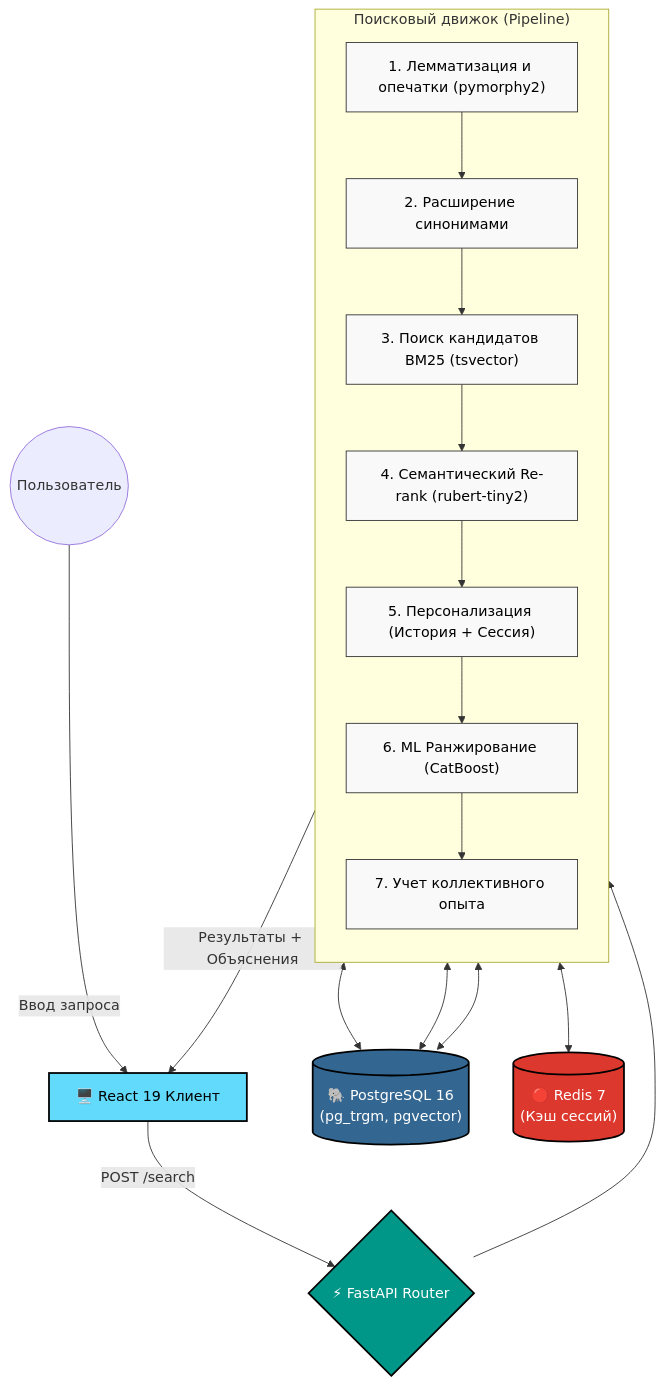
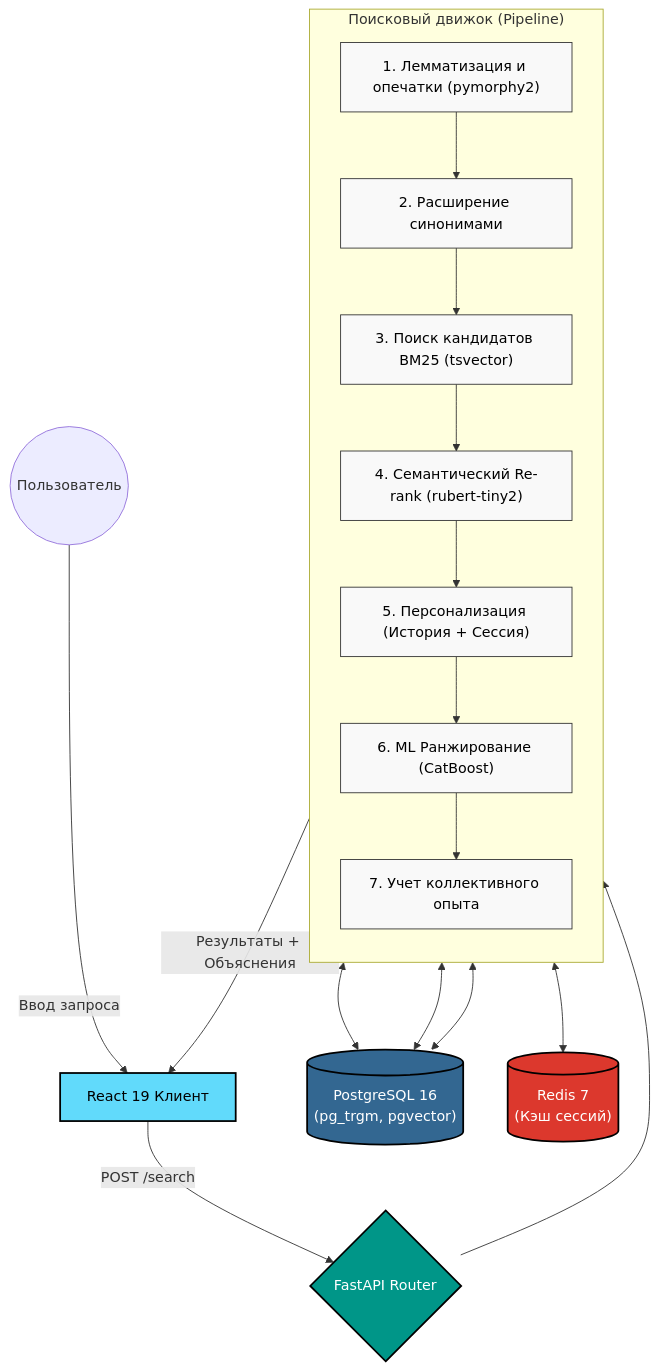
One commit to Deci1337/TenderHackMoscow changed the diagram in README.md. Above: the diagram before and after it, drawn with Mermaid.

Commit message:
Final README

````diff
--- a/README.md
+++ b/README.md
@@ -25,33 +25,33 @@
 ```mermaid
 flowchart TD
     %% Define styles
     classDef client fill:#61dafb,stroke:#000,stroke-width:2px,color:#000
     classDef backend fill:#009688,stroke:#000,stroke-width:2px,color:#fff
     classDef db fill:#336791,stroke:#000,stroke-width:2px,color:#fff
     classDef redis fill:#dc382d,stroke:#000,stroke-width:2px,color:#fff
     classDef process fill:#f9f9f9,stroke:#333,stroke-width:1px,color:#000
 
     User((Пользователь)) --> |Ввод запроса| Client
-    Client["🖥️ React 19 Клиент"]:::client -- "POST /search" --> API{"⚡ FastAPI Router"}:::backend
+    Client["React 19 Клиент"]:::client -- "POST /search" --> API{"FastAPI Router"}:::backend
 
     subgraph SearchEngine ["Поисковый движок (Pipeline)"]
         direction TB
         S1["1. Лемматизация и опечатки (pymorphy2)"]:::process
         S2["2. Расширение синонимами"]:::process
         S3["3. Поиск кандидатов BM25 (tsvector)"]:::process
         S4["4. Семантический Re-rank (rubert-tiny2)"]:::process
         S5["5. Персонализация (История + Сессия)"]:::process
         S6["6. ML Ранжирование (CatBoost)"]:::process
         S7["7. Учет коллективного опыта"]:::process
 
         S1 --> S2 --> S3 --> S4 --> S5 --> S6 --> S7
     end
 
     API --> S1
     S7 -- "Результаты + Объяснения" --> Client
 
-    S3 <--> PG[("🐘 PostgreSQL 16\n(pg_trgm, pgvector)")]:::db
+    S3 <--> PG[("PostgreSQL 16\n(pg_trgm, pgvector)")]:::db
     S4 <--> PG
-    S5 <--> Redis[("🔴 Redis 7\n(Кэш сессий)")]:::redis
+    S5 <--> Redis[("Redis 7\n(Кэш сессий)")]:::redis
     S7 <--> PG
 ```
````
